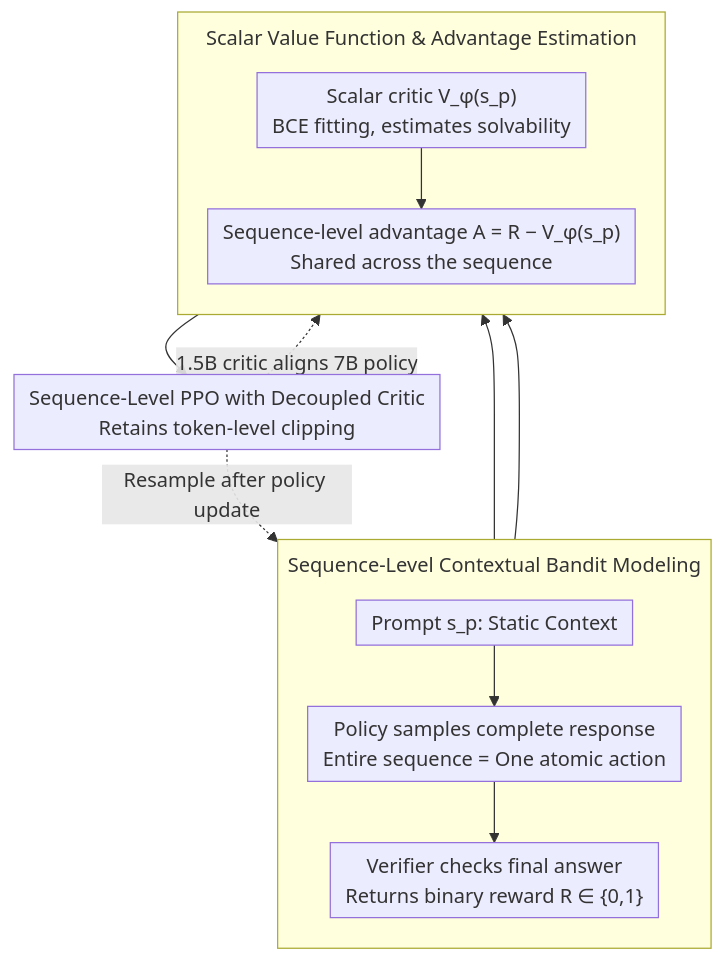
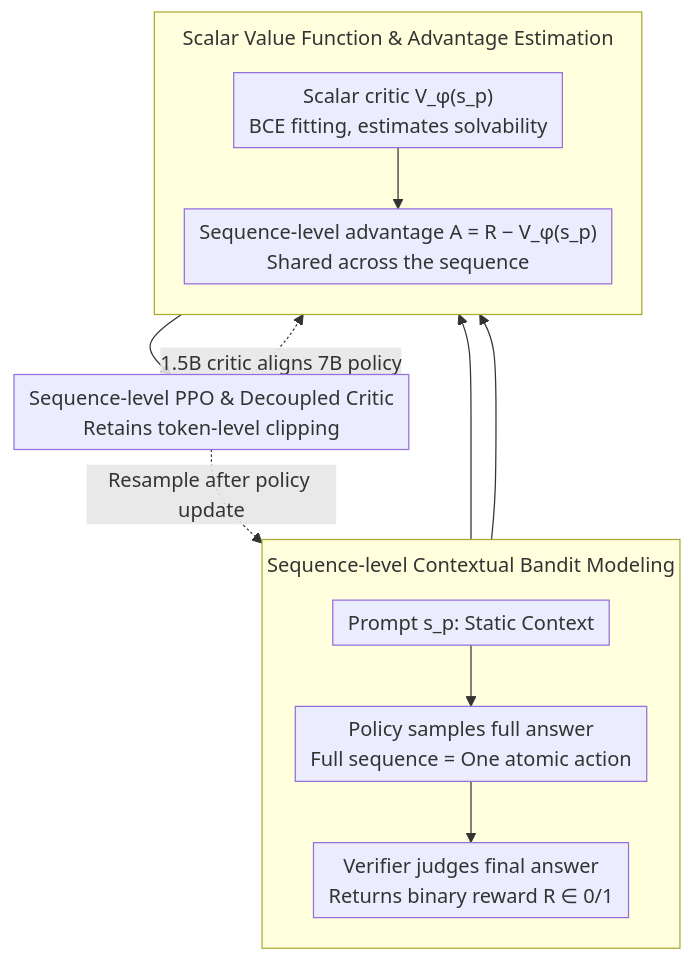
One commit to zhaoyang97/Paper-Notes-en changed the diagram in docs/ACL2026/llm_reasoning/sppo_sequence-level_ppo_for_long-horizon_reasoning_tasks.md. Above: the diagram before and after it, drawn with Mermaid. The commit also changed other lines of this file and 5084 other files, not shown here.

````diff
--- a/docs/ACL2026/llm_reasoning/sppo_sequence-level_ppo_for_long-horizon_reasoning_tasks.md
+++ b/docs/ACL2026/llm_reasoning/sppo_sequence-level_ppo_for_long-horizon_reasoning_tasks.md
@@ -44,20 +44,20 @@
 ```mermaid
 %%{init: {'flowchart': {'rankSpacing': 24, 'nodeSpacing': 28, 'padding': 6, 'wrappingWidth': 400, 'subGraphTitleMargin': {'top': 8, 'bottom': 16}}}}%%
 flowchart TD
-    subgraph BANDIT["Sequence-Level Contextual Bandit Modeling"]
+    subgraph BANDIT["Sequence-level Contextual Bandit Modeling"]
         direction TB
-        P["Prompt s_p: Static Context"] --> POL["Policy samples complete response<br/>Entire sequence = One atomic action"]
-        POL --> VER["Verifier checks final answer<br/>Returns binary reward R ∈ {0,1}"]
+        P["Prompt s_p: Static Context"] --> POL["Policy samples full answer<br/>Full sequence = One atomic action"]
+        POL --> VER["Verifier judges final answer<br/>Returns binary reward R ∈ 0/1"]
     end
     subgraph VAL["Scalar Value Function & Advantage Estimation"]
         direction TB
         VM["Scalar critic V_φ(s_p)<br/>BCE fitting, estimates solvability"]
         ADV["Sequence-level advantage A = R − V_φ(s_p)<br/>Shared across the sequence"]
         VM --> ADV
     end
     P --> VM
     VER --> ADV
-    ADV --> PPO["Sequence-Level PPO with Decoupled Critic<br/>Retains token-level clipping"]
+    ADV --> PPO["Sequence-level PPO & Decoupled Critic<br/>Retains token-level clipping"]
     PPO -.->|1.5B critic aligns 7B policy| VM
     PPO -.->|Resample after policy update| POL
 ```
````
